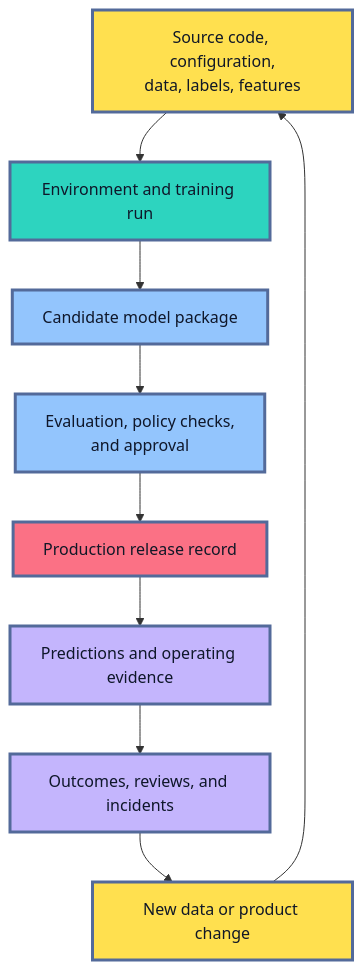
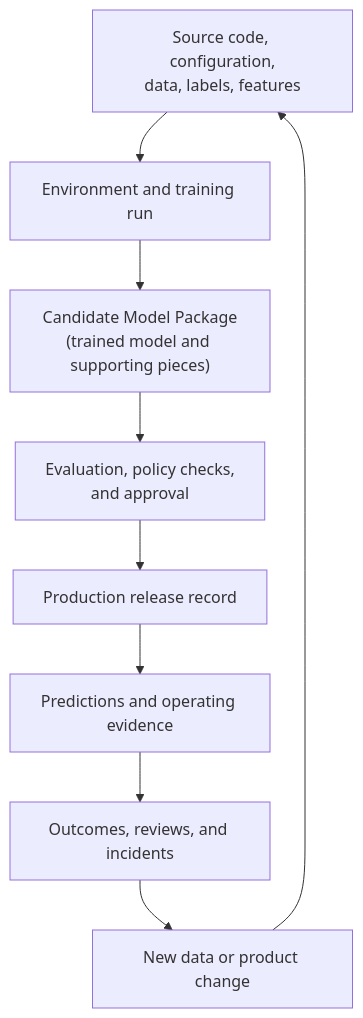
Before and after one commit to senlinyy/dev-roadmaps: the first of 7 diagrams in roadmaps/mlops/modules/mlops-foundations/architecture-basics/02-ml-system-assets.md, drawn with Mermaid. The commit also changed other lines of this file and 152 other files, not shown here.

Commit message:
feat: mlops and diagrams updated

````diff
--- a/roadmaps/mlops/modules/mlops-foundations/architecture-basics/02-ml-system-assets.md
+++ b/roadmaps/mlops/modules/mlops-foundations/architecture-basics/02-ml-system-assets.md
@@ -48,22 +54,17 @@
 ```mermaid
 flowchart TD
     A["Source code, configuration,<br/>data, labels, features"] --> B["Environment and training run"]
-    B --> C["Candidate model package"]
+    B --> C["Candidate Model Package<br/>(trained model and supporting pieces)"]
     C --> D["Evaluation, policy checks,<br/>and approval"]
     D --> E["Production release record"]
     E --> F["Predictions and operating evidence"]
     F --> G["Outcomes, reviews, and incidents"]
     G --> H["New data or product change"]
     H --> A
 
-    classDef source fill:#FFE04F,stroke:#536A9A,stroke-width:3px,color:#111827
-    classDef execution fill:#2DD4BF,stroke:#536A9A,stroke-width:3px,color:#0F172A
-    classDef decision fill:#93C5FD,stroke:#536A9A,stroke-width:3px,color:#0F172A
-    classDef release fill:#FB7185,stroke:#536A9A,stroke-width:3px,color:#111827
-    classDef evidence fill:#C4B5FD,stroke:#536A9A,stroke-width:3px,color:#0F172A
     class A,H source
     class B execution
     class C,D decision
     class E release
     class F,G evidence
 ```
````
